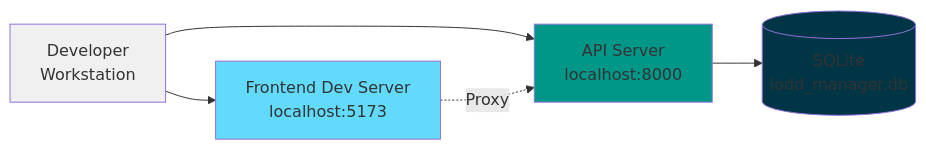
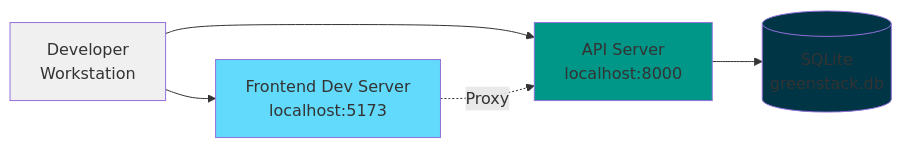
Before and after one commit to ME-Catalyst/iodd-manager: diagram 19 of 29 in docs/architecture/ARCHITECTURE.md, drawn with Mermaid. The commit also changed other lines of this file and 69 other files, not shown here.

First line of the commit message:
Complete rebrand from IODD Manager to Greenstack

````diff
--- a/docs/architecture/ARCHITECTURE.md
+++ b/docs/architecture/ARCHITECTURE.md
@@ -1093,13 +1093,13 @@
 ```mermaid
 graph LR
     Dev[Developer<br/>Workstation]
     Dev --> API[API Server<br/>localhost:8000]
     Dev --> Frontend[Frontend Dev Server<br/>localhost:5173]
-    API --> DB[(SQLite<br/>iodd_manager.db)]
+    API --> DB[(SQLite<br/>greenstack.db)]
     Frontend -.->|Proxy| API
 
     style Dev fill:#f0f0f0
     style API fill:#009688
     style Frontend fill:#61dafb
     style DB fill:#003545
 ```
````
